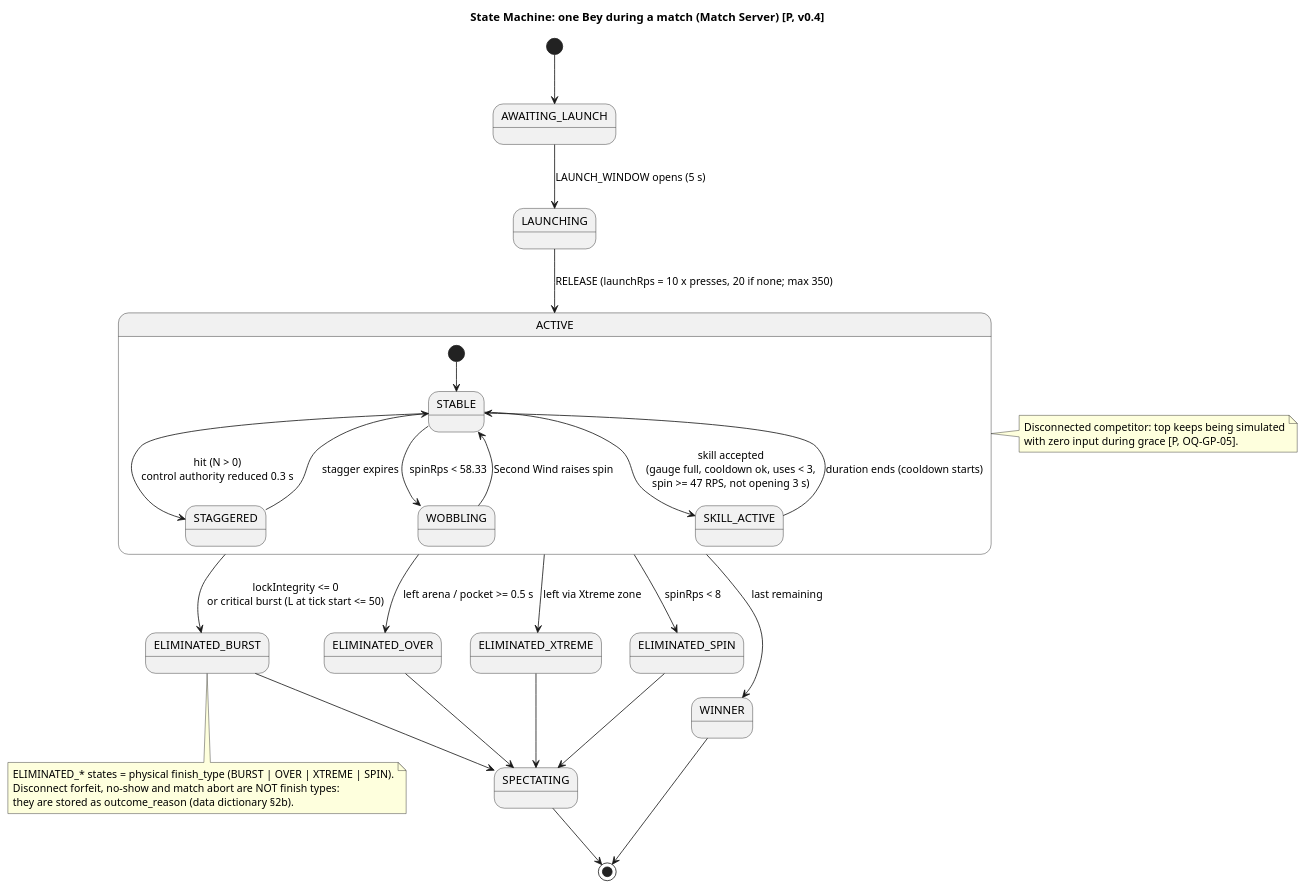
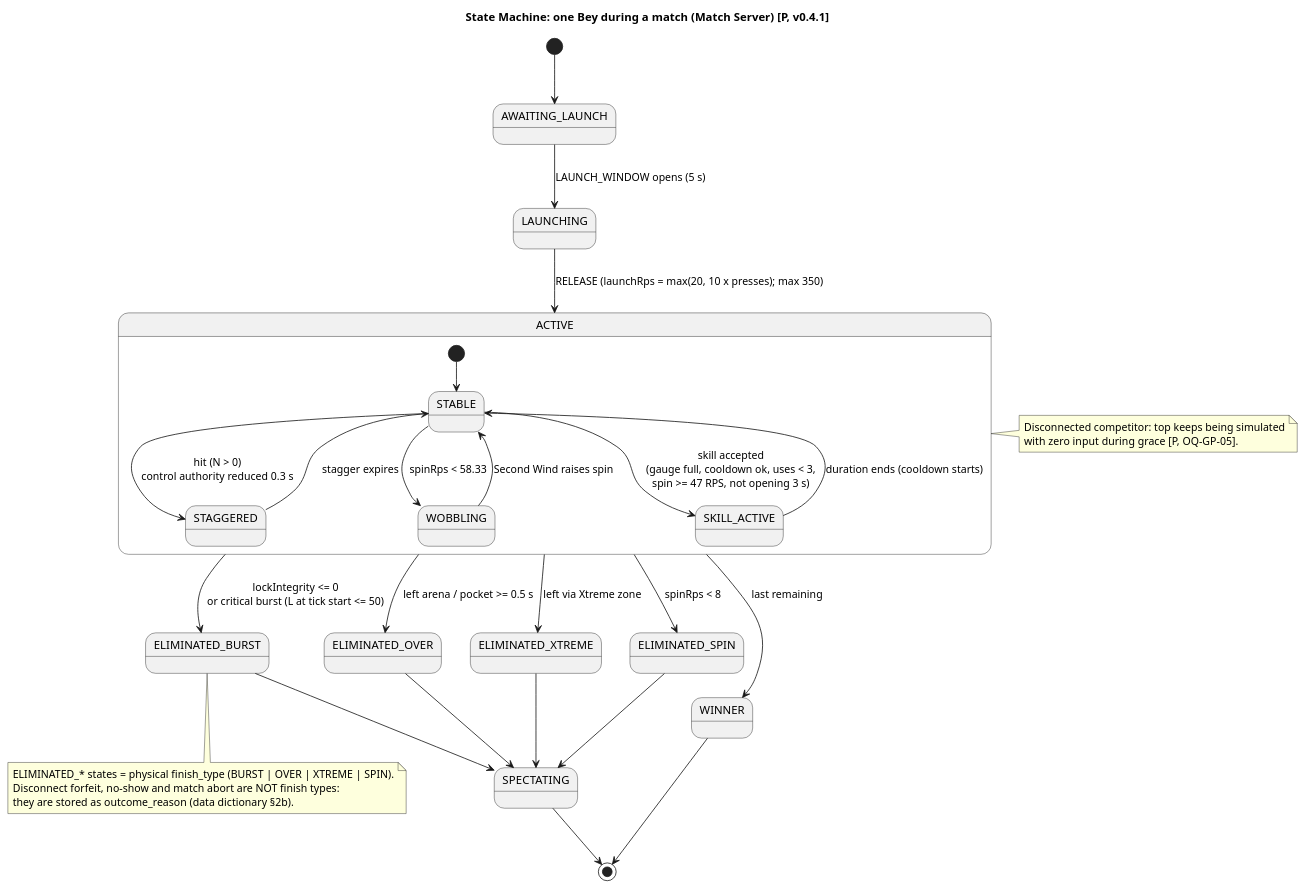
The diagram in docs/02-uml/state-bey-combat.puml (houcine212-hub/Bayblade_Sesytem), drawn with PlantUML before and after one commit. The commit also changed 38 other files, not shown here.

```diff
--- a/docs/02-uml/state-bey-combat.puml
+++ b/docs/02-uml/state-bey-combat.puml
@@ -1,35 +1,35 @@
 @startuml state-bey-combat
-title State Machine: one Bey during a match (Match Server) [P, v0.4]
+title State Machine: one Bey during a match (Match Server) [P, v0.4.1]
 [*] --> AWAITING_LAUNCH
 AWAITING_LAUNCH --> LAUNCHING : LAUNCH_WINDOW opens (5 s)
-LAUNCHING --> ACTIVE : RELEASE (launchRps = 10 x presses, 20 if none; max 350)
+LAUNCHING --> ACTIVE : RELEASE (launchRps = max(20, 10 x presses); max 350)
 state ACTIVE {
   [*] --> STABLE
   STABLE --> STAGGERED : hit (N > 0)\ncontrol authority reduced 0.3 s
   STAGGERED --> STABLE : stagger expires
   STABLE --> WOBBLING : spinRps < 58.33
   WOBBLING --> STABLE : Second Wind raises spin
   STABLE --> SKILL_ACTIVE : skill accepted\n(gauge full, cooldown ok, uses < 3,\nspin >= 47 RPS, not opening 3 s)
   SKILL_ACTIVE --> STABLE : duration ends (cooldown starts)
 }
 ACTIVE --> ELIMINATED_BURST : lockIntegrity <= 0\nor critical burst (L at tick start <= 50)
 ACTIVE --> ELIMINATED_OVER : left arena / pocket >= 0.5 s
 ACTIVE --> ELIMINATED_XTREME : left via Xtreme zone
 ACTIVE --> ELIMINATED_SPIN : spinRps < 8
 ACTIVE --> WINNER : last remaining
 ELIMINATED_BURST --> SPECTATING
 ELIMINATED_OVER --> SPECTATING
 ELIMINATED_XTREME --> SPECTATING
 ELIMINATED_SPIN --> SPECTATING
 SPECTATING --> [*]
 note bottom of ELIMINATED_BURST
   ELIMINATED_* states = physical finish_type (BURST | OVER | XTREME | SPIN).
   Disconnect forfeit, no-show and match abort are NOT finish types:
   they are stored as outcome_reason (data dictionary §2b).
 end note
 WINNER --> [*]
 note right of ACTIVE
   Disconnected competitor: top keeps being simulated
   with zero input during grace [P, OQ-GP-05].
 end note
 @enduml
```
